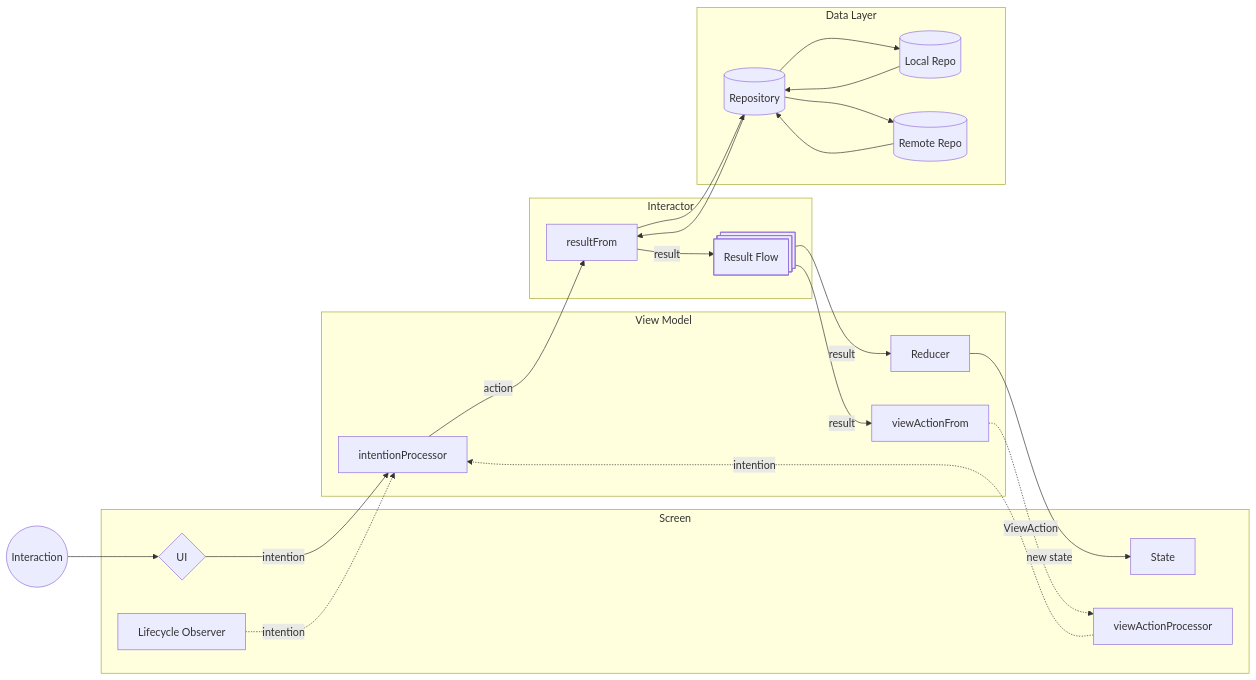
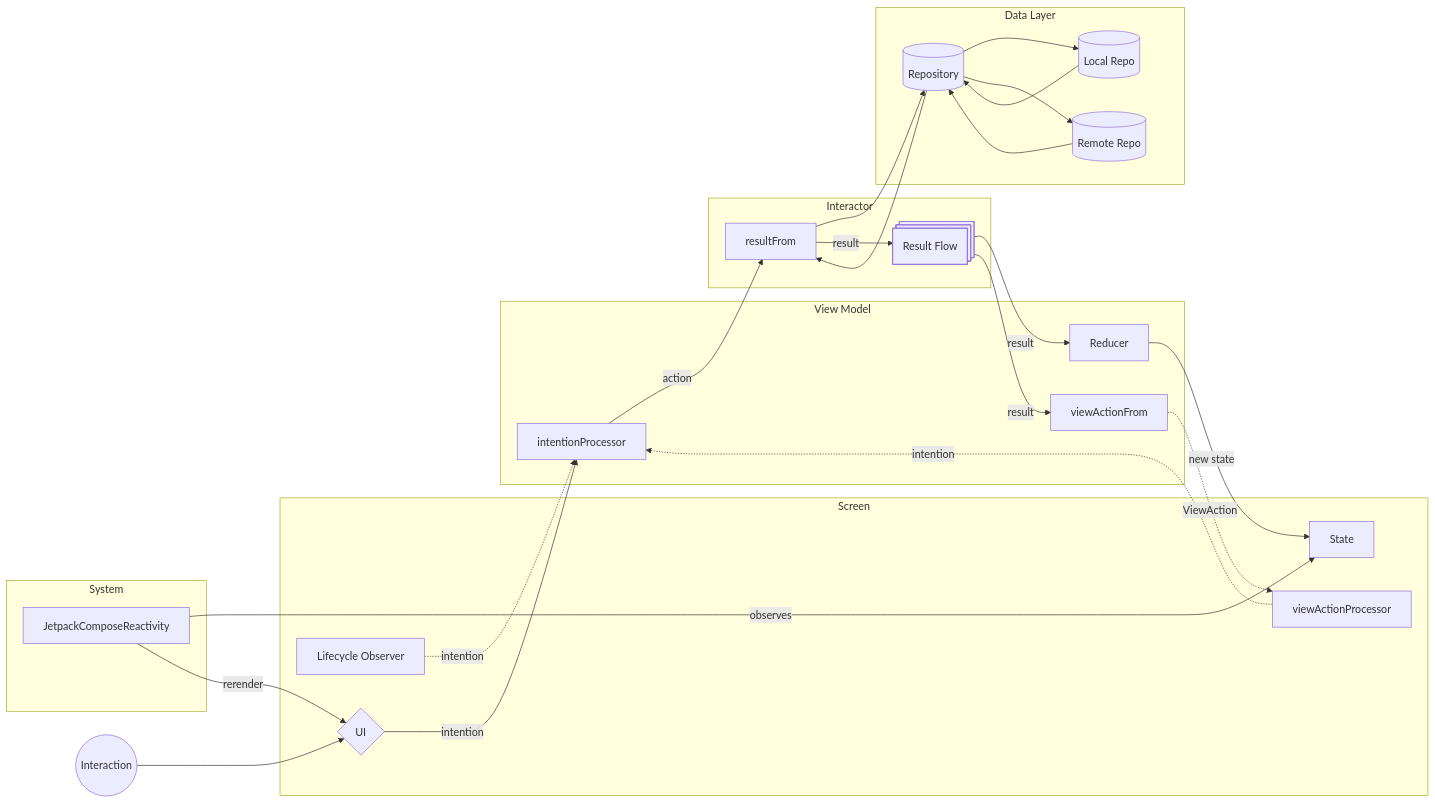
One commit to ibad-al-rahman/android-public changed the diagram in ARCHITECTURE.md. Above: the diagram before and after it, drawn with Mermaid.

Commit message:
docs: added jetpack compose reactivity

````diff
--- a/ARCHITECTURE.md
+++ b/ARCHITECTURE.md
@@ -7,42 +7,49 @@
 ```mermaid
 graph LR
     INT((Interaction)) --> UI{UI}
     UI -->|intention| IP[intentionProcessor]
     IP -->|action| RF[resultFrom]
     RF --> REPO[(Repository)]
     REPO --> RF
     RF -->|result| RFL@{ shape: processes, label: "Result Flow" }
     RFL -->|result| RED[Reducer]
     RFL -->|result| VAF[viewActionFrom]
     RED -->|new state| ST[State]
     VAF -.->|ViewAction| VAP[viewActionProcessor]
     VAP -.->|intention| IP
 
     LO[Lifecycle Observer]
     LO -.->|intention| IP
 
     subgraph "Screen"
         ST
         UI
         VAP
         LO
     end
 
     subgraph "View Model"
         IP
         RED
         VAF
     end
 
     subgraph "Interactor"
         RFL@{ shape: processes, label: "Result Flow" }
         RF
     end
 
+    subgraph "System"
+        JCR[JetpackComposeReactivity]
+    end
+
+    JCR -->|observes| ST
+    JCR -->|rerender| UI
+
     subgraph "Data Layer"
         REPO --> LR[(Local Repo)]
         REPO --> RR[(Remote Repo)]
         LR --> REPO
         RR --> REPO
     end
 ```
````
